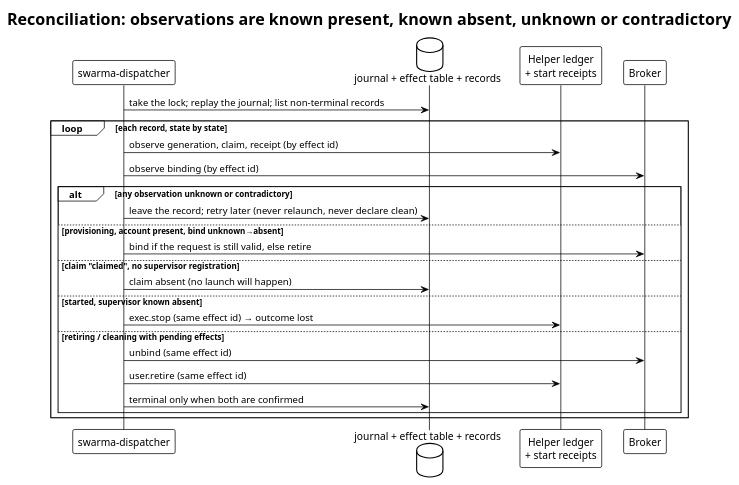
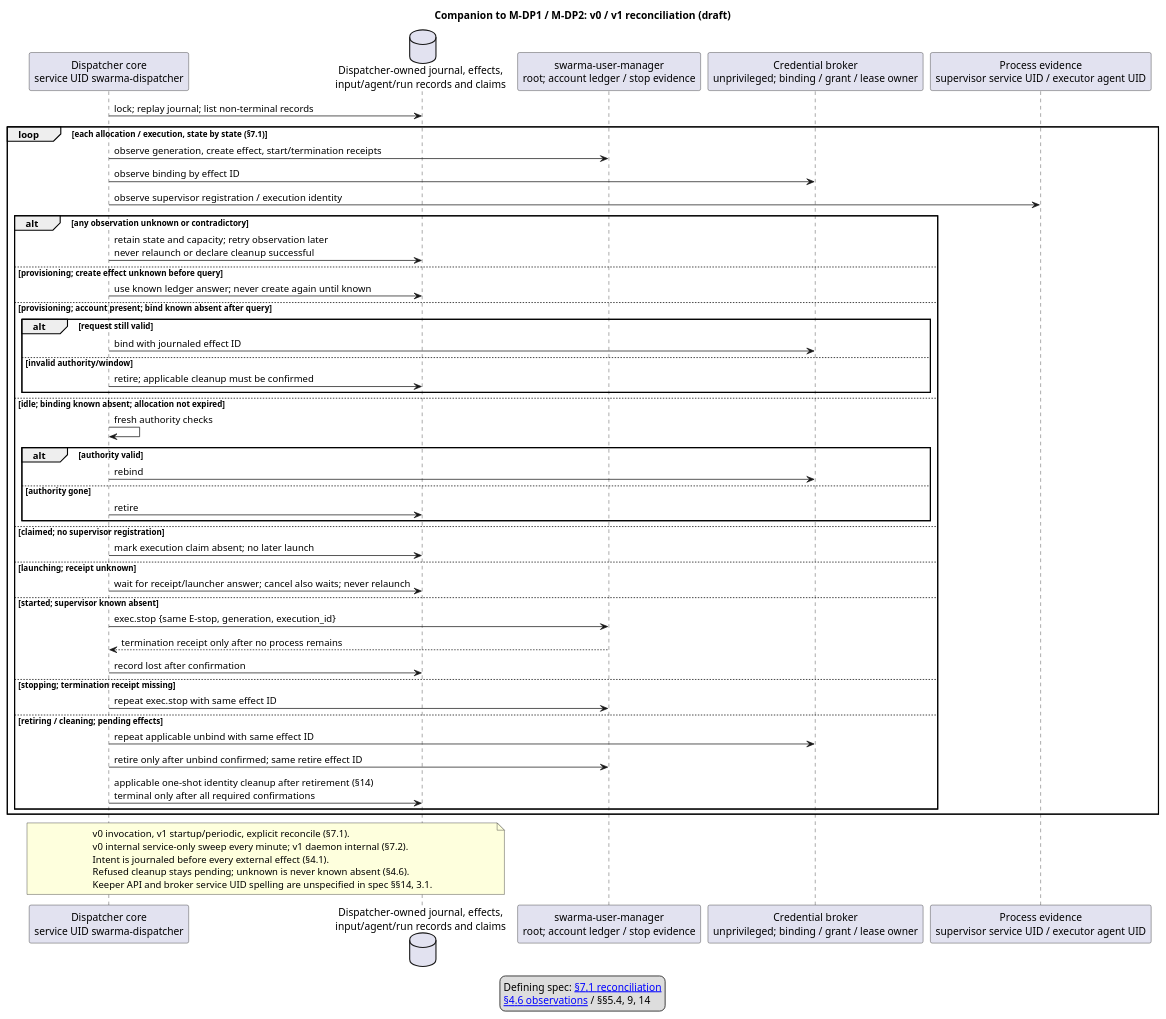
Before and after one commit to relux-works/curator-dispatcher: the diagram in diagrams/reconcile.puml, drawn with PlantUML. The commit also changed 8 other files, not shown here.

First line of the commit message:
Docs: dispatcher module diagrams M-DP1 to M-DP3 (TASK-261011-2mgy8a)

```diff
--- a/diagrams/reconcile.puml
+++ b/diagrams/reconcile.puml
@@ -1,28 +1,57 @@
 @startuml reconcile
-!theme plain
-title Reconciliation: observations are known present, known absent, unknown or contradictory
-
-participant "swarma-dispatcher" as D
-database "journal + effect table + records" as J
-participant "Helper ledger\n+ start receipts" as H
-participant "Broker" as B
-
-D -> J : take the lock; replay the journal; list non-terminal records
-loop each record, state by state
-  D -> H : observe generation, claim, receipt (by effect id)
-  D -> B : observe binding (by effect id)
+title Companion to M-DP1 / M-DP2: v0 / v1 reconciliation (draft)
+participant "Dispatcher core\nservice UID swarma-dispatcher" as D
+database "Dispatcher-owned journal, effects,\ninput/agent/run records and claims" as J
+participant "swarma-user-manager\nroot; account ledger / stop evidence" as H
+participant "Credential broker\nunprivileged; binding / grant / lease owner" as B
+participant "Process evidence\nsupervisor service UID / executor agent UID" as P
+D -> J : lock; replay journal; list non-terminal records
+loop each allocation / execution, state by state (§7.1)
+  D -> H : observe generation, create effect, start/termination receipts
+  D -> B : observe binding by effect ID
+  D -> P : observe supervisor registration / execution identity
   alt any observation unknown or contradictory
-    D -> J : leave the record; retry later (never relaunch, never declare clean)
-  else provisioning, account present, bind unknown→absent
-    D -> B : bind if the request is still valid, else retire
-  else claim "claimed", no supervisor registration
-    D -> J : claim absent (no launch will happen)
-  else started, supervisor known absent
-    D -> H : exec.stop (same effect id) → outcome lost
-  else retiring / cleaning with pending effects
-    D -> B : unbind (same effect id)
-    D -> H : user.retire (same effect id)
-    D -> J : terminal only when both are confirmed
+    D -> J : retain state and capacity; retry observation later\nnever relaunch or declare cleanup successful
+  else provisioning; create effect unknown before query
+    D -> J : use known ledger answer; never create again until known
+  else provisioning; account present; bind known absent after query
+    alt request still valid
+      D -> B : bind with journaled effect ID
+    else invalid authority/window
+      D -> J : retire; applicable cleanup must be confirmed
+    end
+  else idle; binding known absent; allocation not expired
+    D -> D : fresh authority checks
+    alt authority valid
+      D -> B : rebind
+    else authority gone
+      D -> J : retire
+    end
+  else claimed; no supervisor registration
+    D -> J : mark execution claim absent; no later launch
+  else launching; receipt unknown
+    D -> J : wait for receipt/launcher answer; cancel also waits; never relaunch
+  else started; supervisor known absent
+    D -> H : exec.stop {same E-stop, generation, execution_id}
+    H --> D : termination receipt only after no process remains
+    D -> J : record lost after confirmation
+  else stopping; termination receipt missing
+    D -> H : repeat exec.stop with same effect ID
+  else retiring / cleaning; pending effects
+    D -> B : repeat applicable unbind with same effect ID
+    D -> H : retire only after unbind confirmed; same retire effect ID
+    D -> J : applicable one-shot identity cleanup after retirement (§14)\nterminal only after all required confirmations
   end
 end
+note over D,J
+  v0 invocation, v1 startup/periodic, explicit reconcile (§7.1).
+  v0 internal service-only sweep every minute; v1 daemon internal (§7.2).
+  Intent is journaled before every external effect (§4.1).
+  Refused cleanup stays pending; unknown is never known absent (§4.6).
+  Keeper API and broker service UID spelling are unspecified in spec §§14, 3.1.
+end note
+legend
+  Defining spec: [[https://github.com/relux-works/swarma-dispatcher/blob/main/spec/dispatcher.md#71-reconciliation §7.1 reconciliation]]
+  [[https://github.com/relux-works/swarma-dispatcher/blob/main/spec/dispatcher.md#46-observations §4.6 observations]] / §§5.4, 9, 14
+endlegend
 @enduml
```
